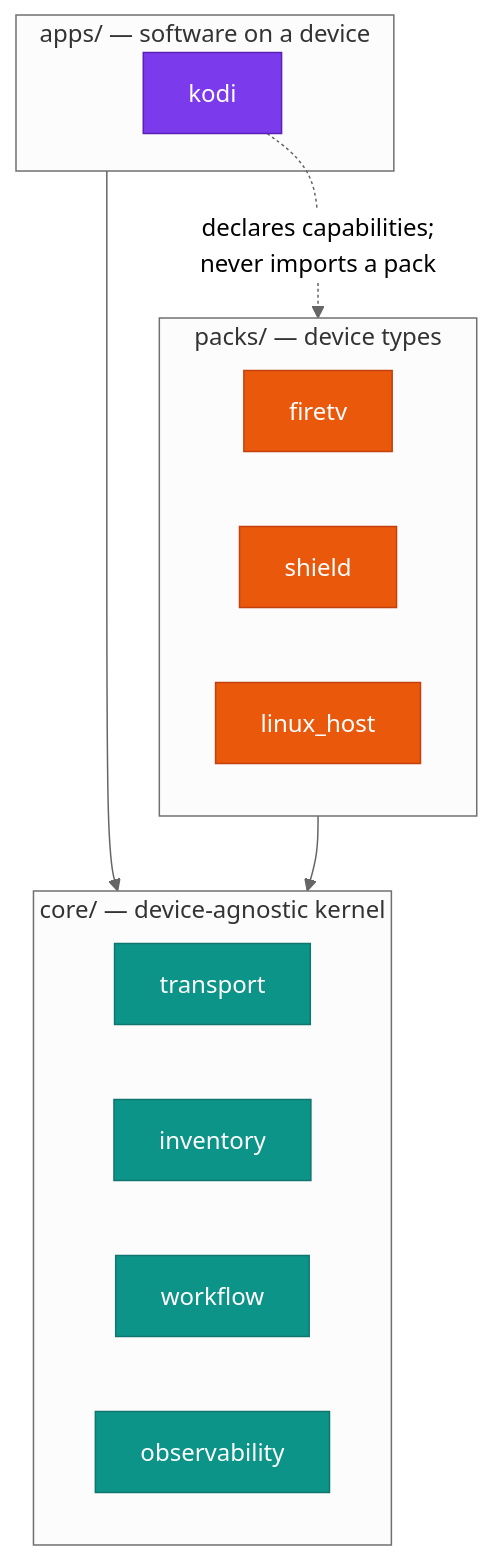
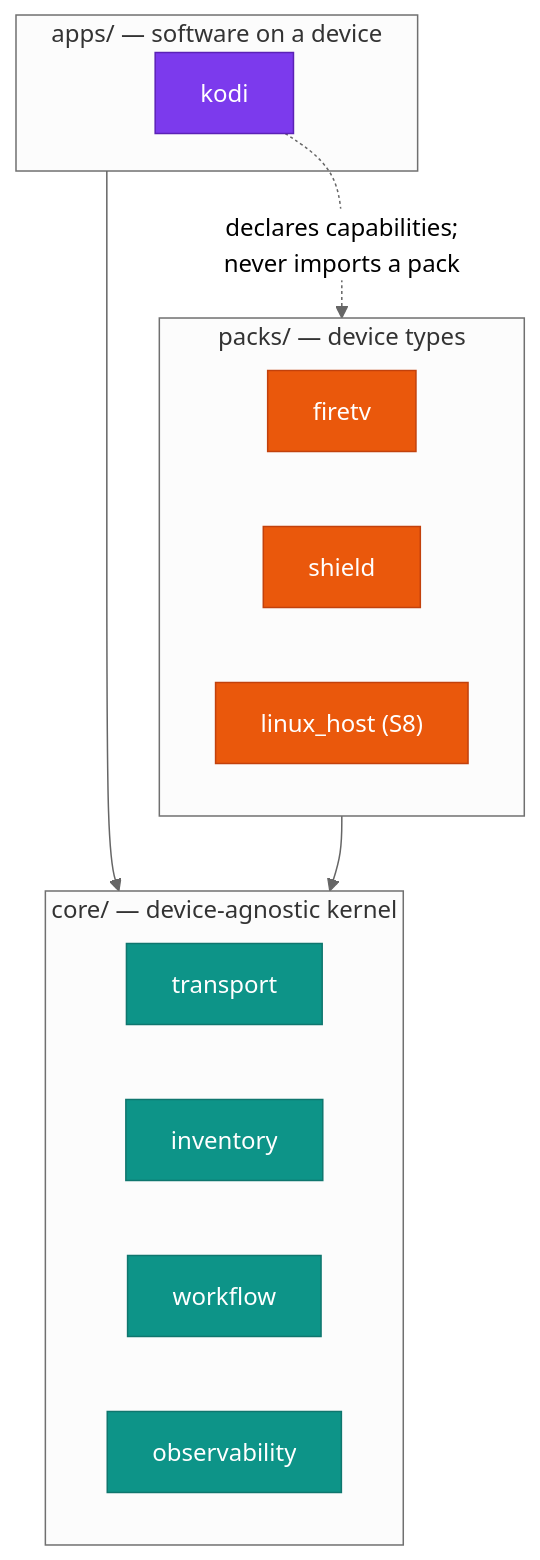
One commit to salvuswarez/fleetctl changed the diagram in README.md. Above: the diagram before and after it, drawn with Mermaid (neutral theme). The commit also changed other lines of this file and 17 other files, not shown here.

````diff
--- a/README.md
+++ b/README.md
@@ -38,28 +37,28 @@
 ```mermaid
 flowchart TB
     subgraph apps["apps/ — software on a device"]
         KODI["kodi"]
     end
     subgraph packs["packs/ — device types"]
         FIRETV["firetv"]
         SHIELD["shield"]
-        LINUX["linux_host"]
+        LINUX["linux_host (S8)"]
     end
     subgraph core["core/ — device-agnostic kernel"]
         T["transport"]
         I["inventory"]
         W["workflow"]
         O["observability"]
     end
 
     apps --> core
     packs --> core
     KODI -.->|"declares capabilities;<br/>never imports a pack"| packs
 
     classDef a fill:#7c3aed,stroke:#5b21b6,color:#fff
     classDef p fill:#ea580c,stroke:#c2410c,color:#fff
     classDef c fill:#0d9488,stroke:#0f766e,color:#fff
     class KODI a
     class FIRETV,SHIELD,LINUX p
     class T,I,W,O c
 ```
````
